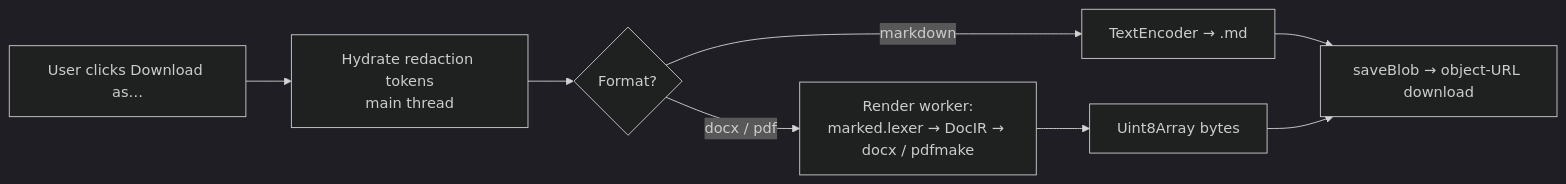
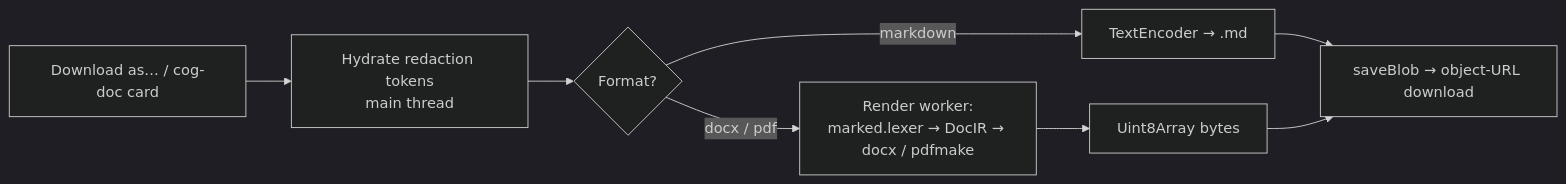
One commit to cognos-io/chat.cognos.io changed the diagram in docs/business_processes/document-generation.md. Above: the diagram before and after it, drawn with Mermaid (dark theme). The commit also changed other lines of this file and 3 other files, not shown here.

````diff
--- a/docs/business_processes/document-generation.md
+++ b/docs/business_processes/document-generation.md
@@ -17,10 +30,10 @@
 ```mermaid
 flowchart LR
-  A[User clicks Download as…] --> H[Hydrate redaction tokens<br/>main thread]
+  A[Download as… / cog-doc card] --> H[Hydrate redaction tokens<br/>main thread]
   H --> M{Format?}
   M -- markdown --> T[TextEncoder → .md]
   M -- docx / pdf --> W[Render worker:<br/>marked.lexer → DocIR → docx / pdfmake]
   W --> B[Uint8Array bytes]
   T --> S[saveBlob → object-URL download]
   B --> S
 ```
````
